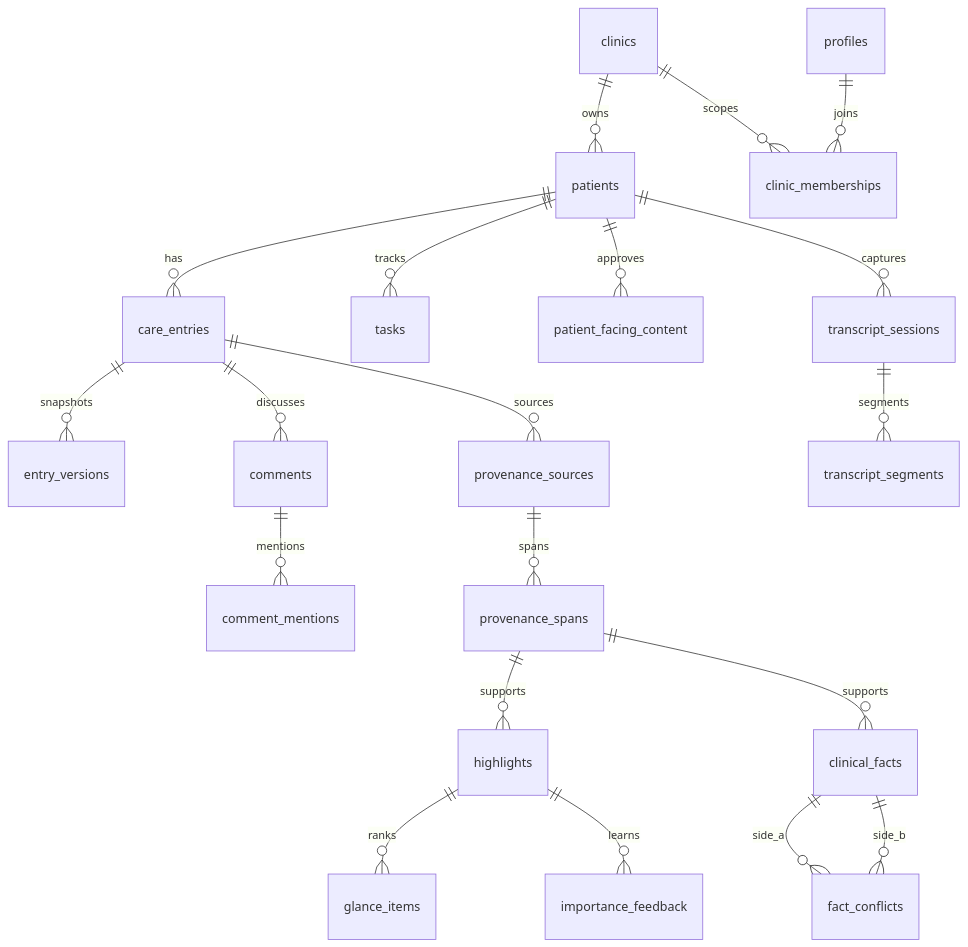
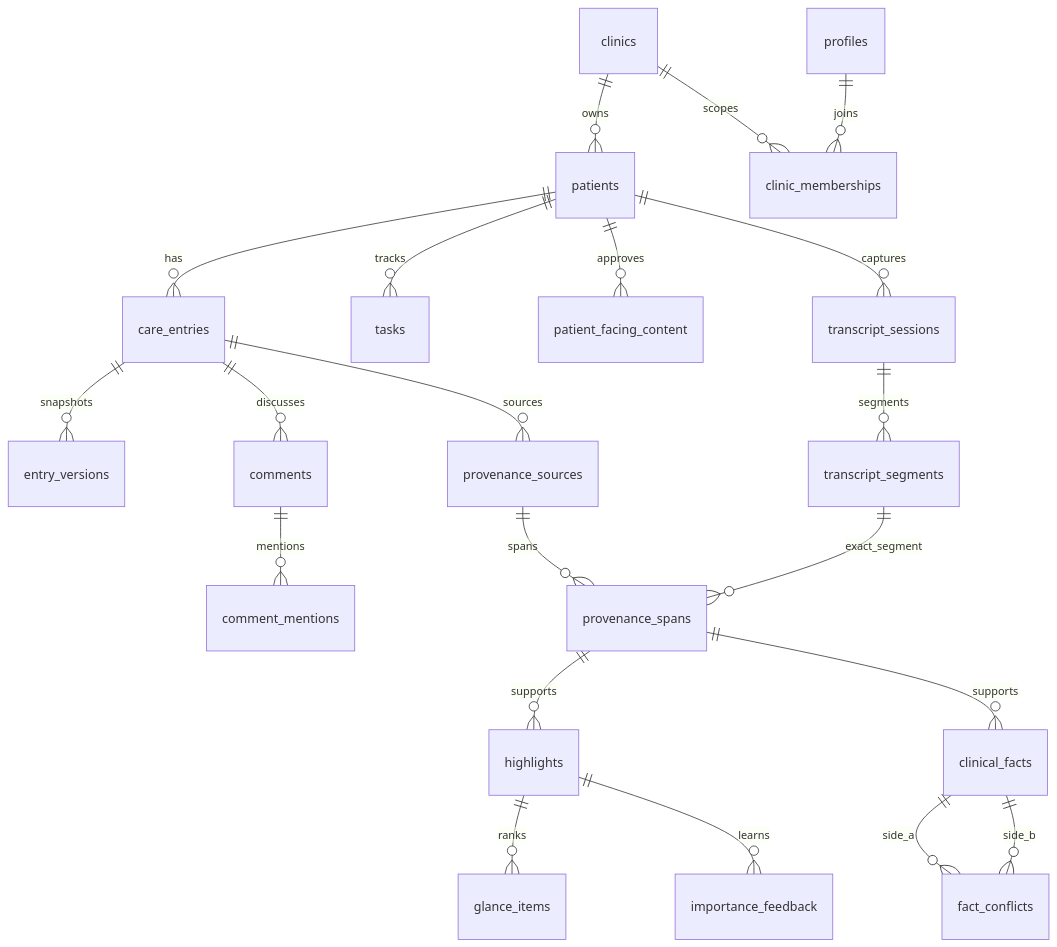
Before and after one commit to cccyany/nightingale-carenote: the second of 2 diagrams in docs/technical-brief.md, drawn with Mermaid. The commit also changed other lines of this file and 7 other files, not shown here.

````diff
--- a/docs/technical-brief.md
+++ b/docs/technical-brief.md
@@ -35,22 +38,23 @@
 ```mermaid
 erDiagram
   clinics ||--o{ patients : owns
   profiles ||--o{ clinic_memberships : joins
   clinics ||--o{ clinic_memberships : scopes
   patients ||--o{ care_entries : has
   care_entries ||--o{ entry_versions : snapshots
   care_entries ||--o{ comments : discusses
   comments ||--o{ comment_mentions : mentions
   patients ||--o{ tasks : tracks
   care_entries ||--o{ provenance_sources : sources
   provenance_sources ||--o{ provenance_spans : spans
+  transcript_segments ||--o{ provenance_spans : exact_segment
   provenance_spans ||--o{ highlights : supports
   provenance_spans ||--o{ clinical_facts : supports
   clinical_facts ||--o{ fact_conflicts : side_a
   clinical_facts ||--o{ fact_conflicts : side_b
   highlights ||--o{ glance_items : ranks
   highlights ||--o{ importance_feedback : learns
   patients ||--o{ patient_facing_content : approves
   patients ||--o{ transcript_sessions : captures
   transcript_sessions ||--o{ transcript_segments : segments
 ```
````
